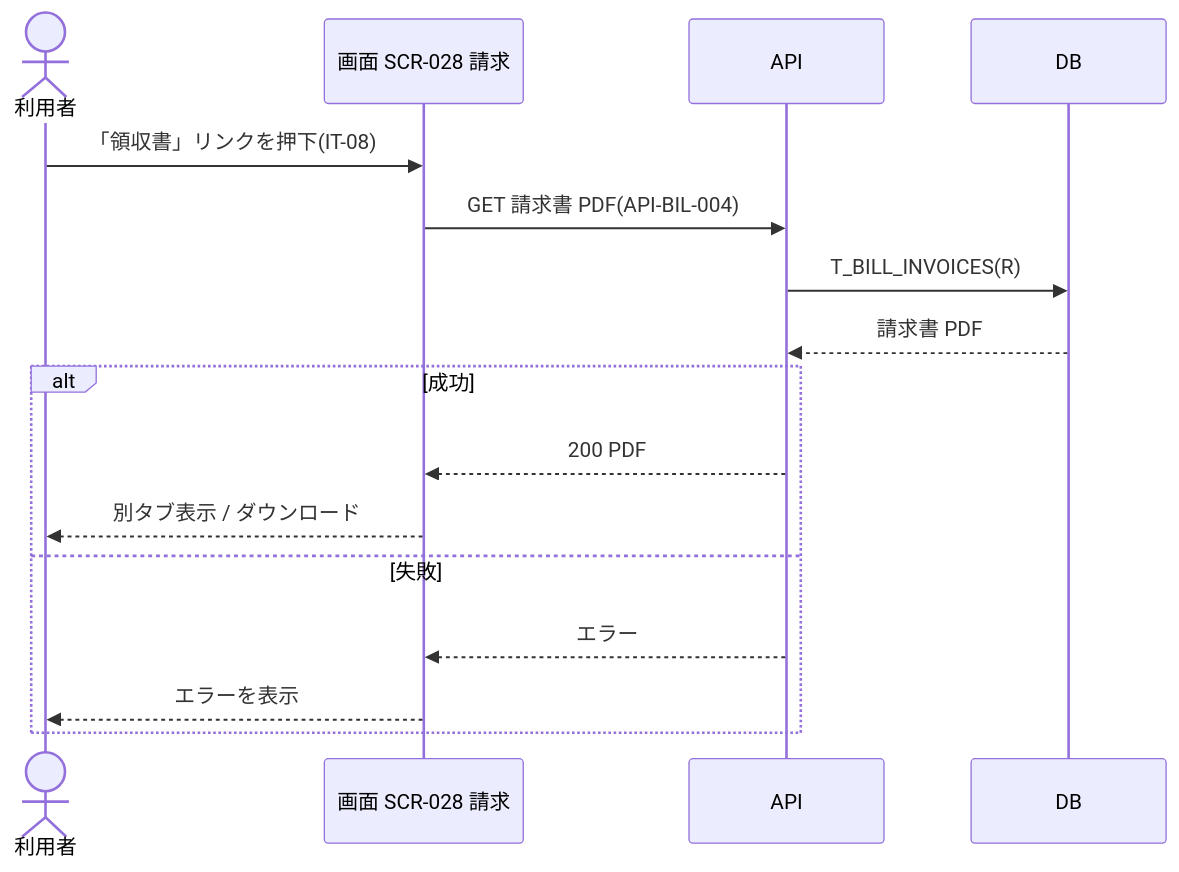
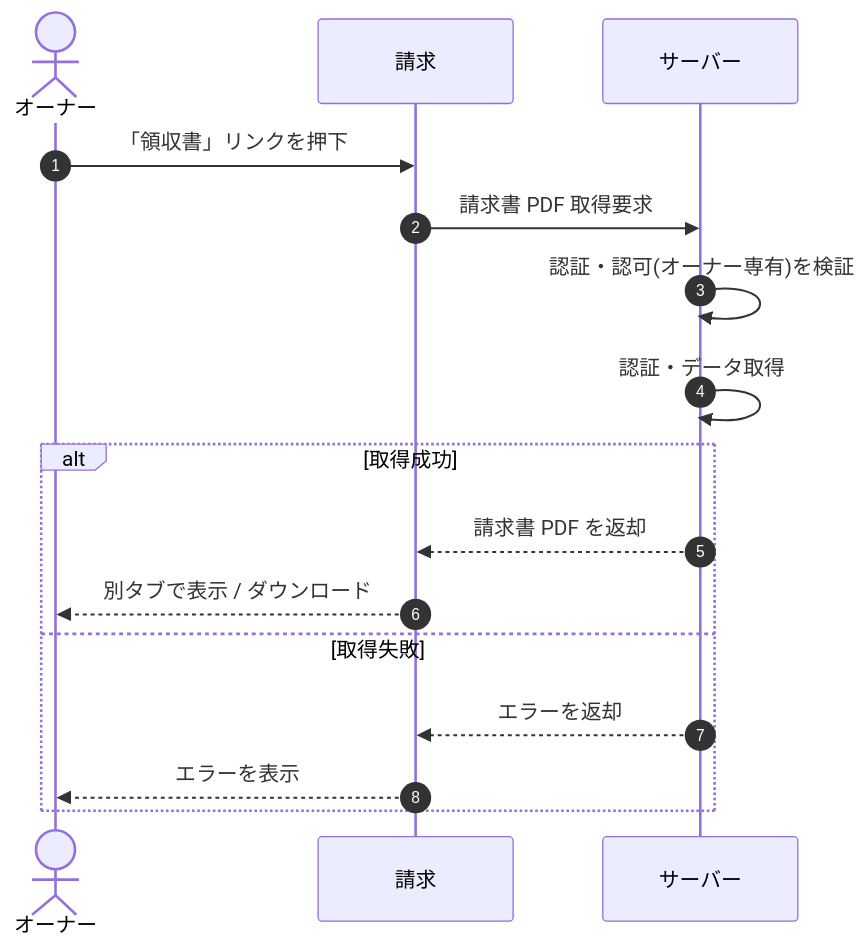
One commit to sikakou54/open-faq changed the diagram in 02_basic_design/05_sequences/SEQ-083.md. Above: the diagram before and after it, drawn with Mermaid. The commit also changed other lines of this file and 108 other files, not shown here.

First line of the commit message:
基本設計: シーケンス図を基本設計粒度(ユーザー/画面/サーバー)へ再編成

````diff
--- a/02_basic_design/05_sequences/SEQ-083.md
+++ b/02_basic_design/05_sequences/SEQ-083.md
@@ -25,18 +32,18 @@
 ```mermaid
 sequenceDiagram
-  actor U as 利用者
-  participant S as 画面 SCR-028 請求
-  participant API as API
-  participant DB as DB
-  U->>S: 「領収書」リンクを押下(IT-08)
-  S->>API: GET 請求書 PDF(API-BIL-004)
-  API->>DB: T_BILL_INVOICES(R)
-  DB-->>API: 請求書 PDF
-  alt 成功
-    API-->>S: 200 PDF
-    S-->>U: 別タブ表示 / ダウンロード
-  else 失敗
-    API-->>S: エラー
-    S-->>U: エラーを表示
+  autonumber
+  actor U as オーナー
+  participant Screen as 請求
+  participant Server as サーバー
+  U->>Screen: 「領収書」リンクを押下
+  Screen->>Server: 請求書 PDF 取得要求
+  Server->>Server: 認証・認可(オーナー専有)を検証
+  Server->>Server: 認証・データ取得
+  alt 取得成功
+    Server-->>Screen: 請求書 PDF を返却
+    Screen-->>U: 別タブで表示 / ダウンロード
+  else 取得失敗
+    Server-->>Screen: エラーを返却
+    Screen-->>U: エラーを表示
   end
 ```
````
